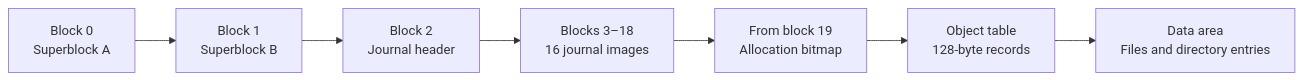
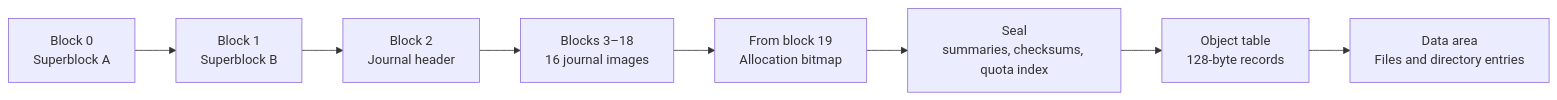
The diagram in Docs/Architecture/Storage.md (eliorodr2104/ReixOS), drawn with Mermaid before and after one commit. The commit also changed other lines of this file and 9 other files, not shown here.

````diff
--- a/Docs/Architecture/Storage.md
+++ b/Docs/Architecture/Storage.md
@@ -11,9 +11,10 @@
 ```mermaid
 flowchart LR
     A["Block 0<br/>Superblock A"] --> B["Block 1<br/>Superblock B"]
     B --> J["Block 2<br/>Journal header"]
     J --> P["Blocks 3–18<br/>16 journal images"]
     P --> BM["From block 19<br/>Allocation bitmap"]
-    BM --> OT["Object table<br/>128-byte records"]
+    BM --> SL["Seal<br/>summaries, checksums, quota index"]
+    SL --> OT["Object table<br/>128-byte records"]
     OT --> DATA["Data area<br/>Files and directory entries"]
 ```
````
